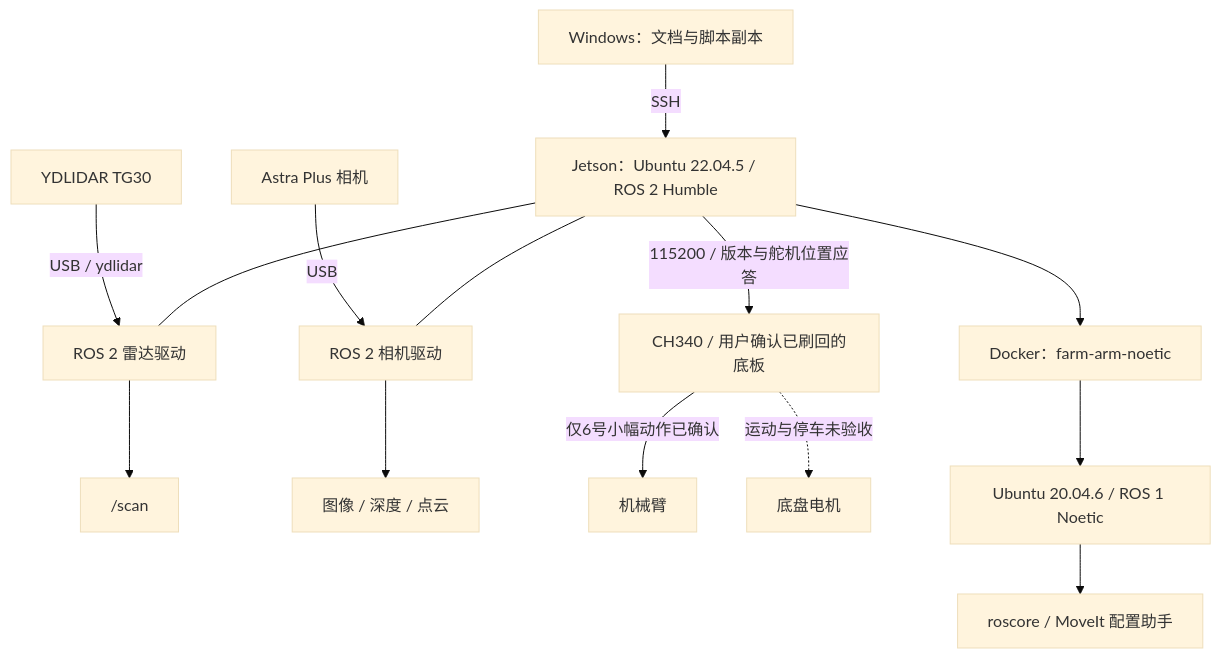
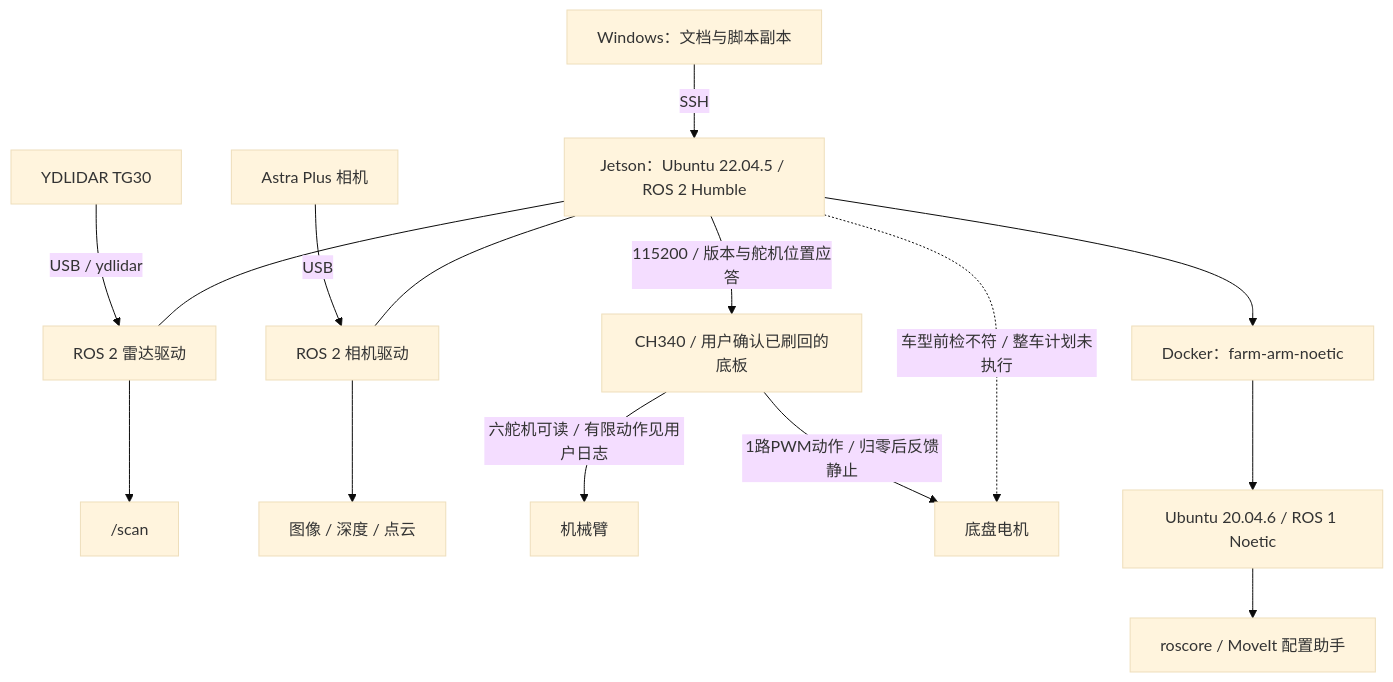
Before and after one commit to Tankiwi/auto-farming: the diagram in docs/architecture.md, drawn with Mermaid (base theme). The commit also changed other lines of this file and 29 other files, not shown here.

````diff
--- a/docs/architecture.md
+++ b/docs/architecture.md
@@ -8,16 +8,17 @@
 ```mermaid
 flowchart TB
   W[Windows：文档与脚本副本] -->|SSH| J[Jetson：Ubuntu 22.04.5 / ROS 2 Humble]
   L[YDLIDAR TG30] -->|USB / ydlidar| LD[ROS 2 雷达驱动]
   C[Astra Plus 相机] -->|USB| CD[ROS 2 相机驱动]
   J --- LD
   J --- CD
   LD --> SC["/scan"]
   CD --> IM[图像 / 深度 / 点云]
   J -->|115200 / 版本与舵机位置应答| B[CH340 / 用户确认已刷回的底板]
-  B -->|仅6号小幅动作已确认| H[机械臂]
-  B -.运动与停车未验收.-> E[底盘电机]
+  B -->|六舵机可读 / 有限动作见用户日志| H[机械臂]
+  B -->|1路PWM动作 / 归零后反馈静止| E[底盘电机]
+  J -.车型前检不符 / 整车计划未执行.-> E
   J --> D[Docker：farm-arm-noetic]
   D --> N[Ubuntu 20.04.6 / ROS 1 Noetic]
   N --> M[roscore / MoveIt 配置助手]
 ```
````
